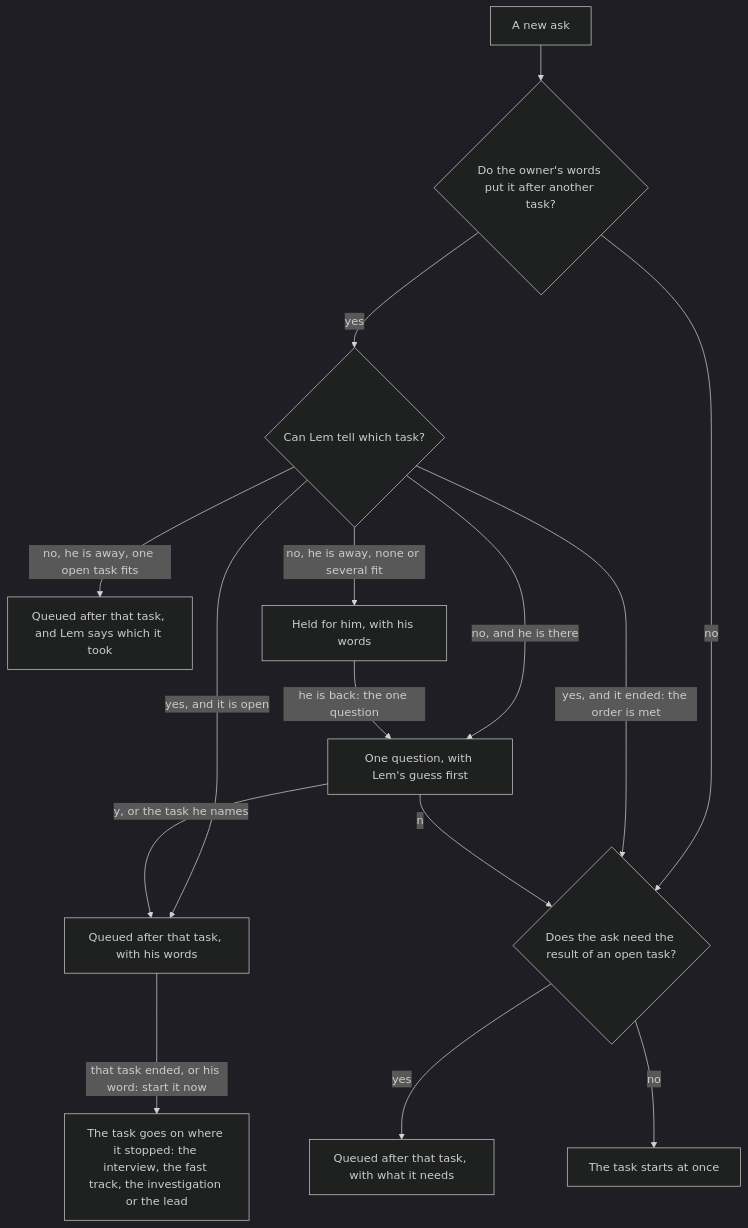
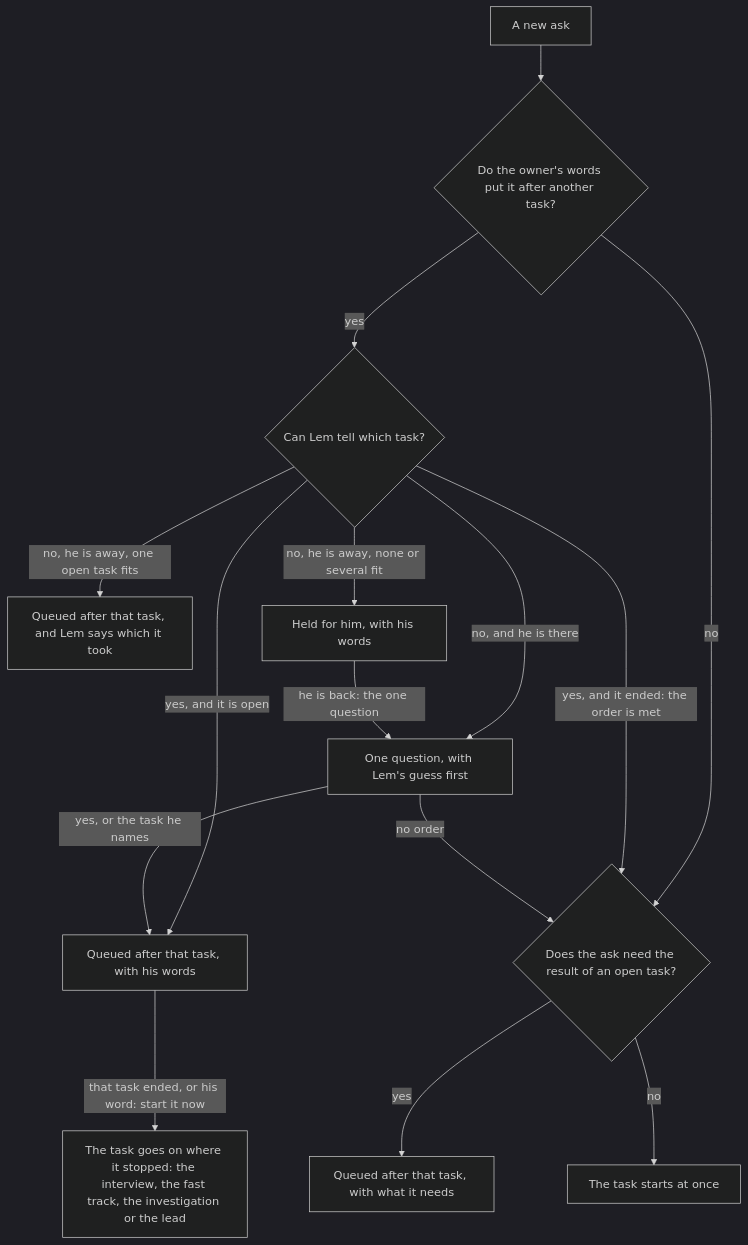
One commit to pySilver/lem changed the diagram in docs/plans/2026-11-21-owner-task-order-stays.md. Above: the diagram before and after it, drawn with Mermaid (dark theme). The commit also changed other lines of this file, not shown here.

Commit message:
docs(plans): design choice B as the dialectic settled it: the order question names its three answers

````diff
--- a/docs/plans/2026-11-21-owner-task-order-stays.md
+++ b/docs/plans/2026-11-21-owner-task-order-stays.md
@@ -31,17 +31,17 @@
 ```mermaid
 flowchart TD
   A["A new ask"] --> B{"Do the owner's words put it after another task?"}
   B -->|"yes"| T{"Can Lem tell which task?"}
   B -->|"no"| C{"Does the ask need the result of an open task?"}
   C -->|"yes"| N["Queued after that task, with what it needs"]
   C -->|"no"| S["The task starts at once"]
   T -->|"yes, and it ended: the order is met"| C
   T -->|"yes, and it is open"| Q["Queued after that task, with his words"]
   T -->|"no, and he is there"| K["One question, with Lem's guess first"]
   T -->|"no, he is away, one open task fits"| G["Queued after that task, and Lem says which it took"]
   T -->|"no, he is away, none or several fit"| H["Held for him, with his words"]
-  K -->|"y, or the task he names"| Q
-  K -->|"n"| C
+  K -->|"yes, or the task he names"| Q
+  K -->|"no order"| C
   H -->|"he is back: the one question"| K
   Q -->|"that task ended, or his word: start it now"| R["The task goes on where it stopped: the interview, the fast track, the investigation or the lead"]
 ```
````
